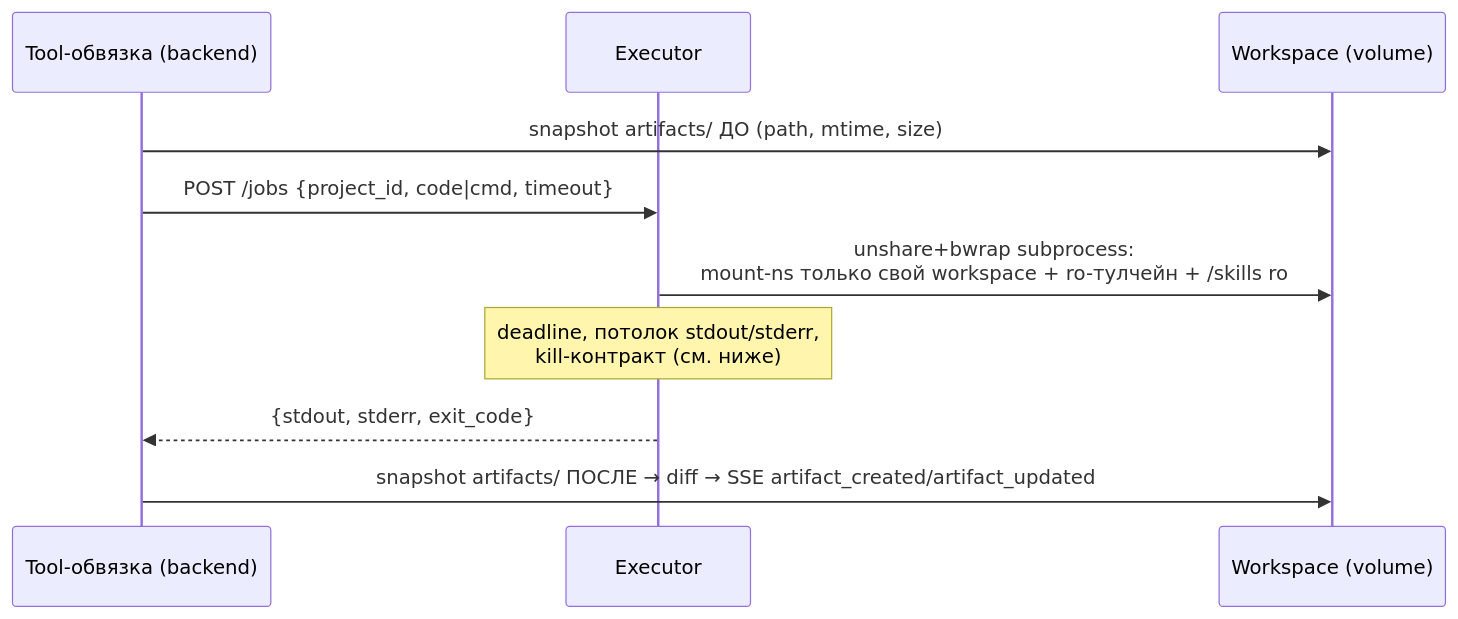
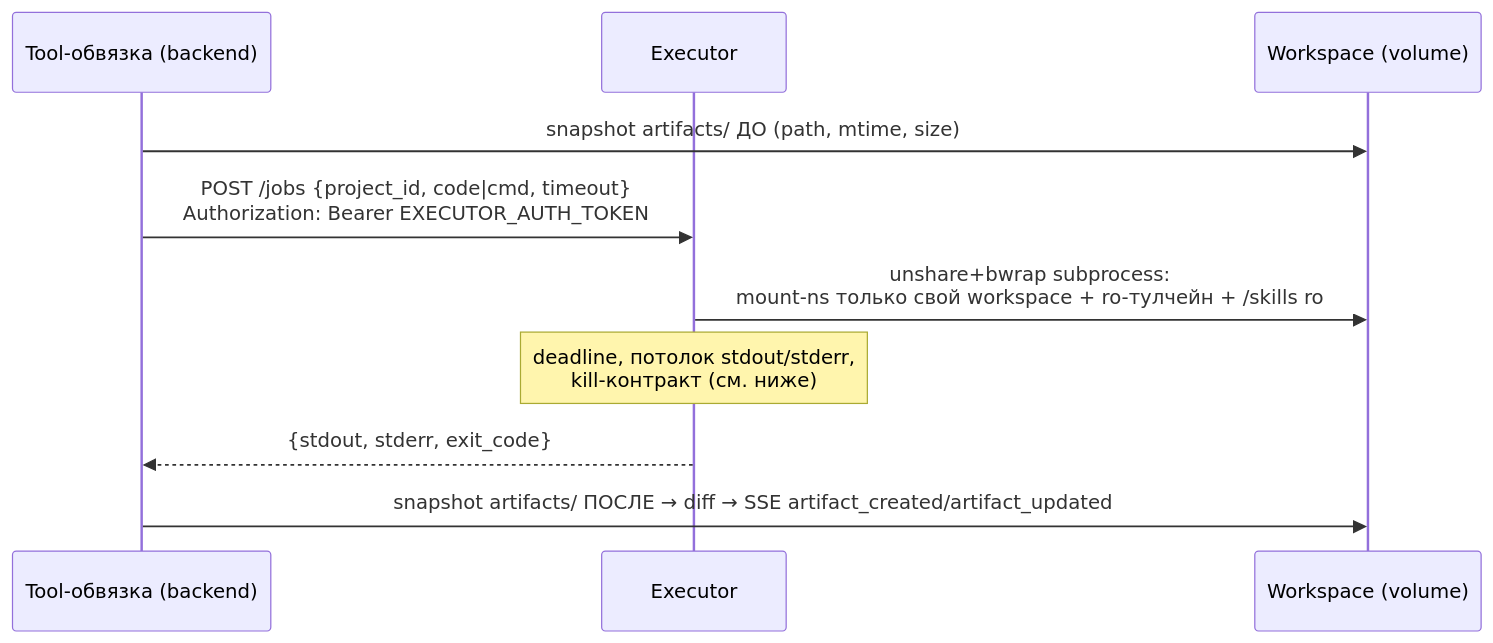
One commit to Bbar0n234/learnflow-ai changed the second of 2 diagrams in doc/tech/executor.md. Above: the diagram before and after it, drawn with Mermaid. The commit also changed other lines of this file and 32 other files, not shown here.

````diff
--- a/doc/tech/executor.md
+++ b/doc/tech/executor.md
@@ -48,13 +48,13 @@
 ```mermaid
 sequenceDiagram
     participant T as Tool-обвязка (backend)
     participant E as Executor
     participant W as Workspace (volume)
 
     T->>W: snapshot artifacts/ ДО (path, mtime, size)
-    T->>E: POST /jobs {project_id, code|cmd, timeout}
+    T->>E: POST /jobs {project_id, code|cmd, timeout}<br>Authorization: Bearer EXECUTOR_AUTH_TOKEN
     E->>W: unshare+bwrap subprocess:<br>mount-ns только свой workspace + ro-тулчейн + /skills ro
     Note over E: deadline, потолок stdout/stderr,<br>kill-контракт (см. ниже)
     E-->>T: {stdout, stderr, exit_code}
     T->>W: snapshot artifacts/ ПОСЛЕ → diff → SSE artifact_created/artifact_updated
 ```
````
